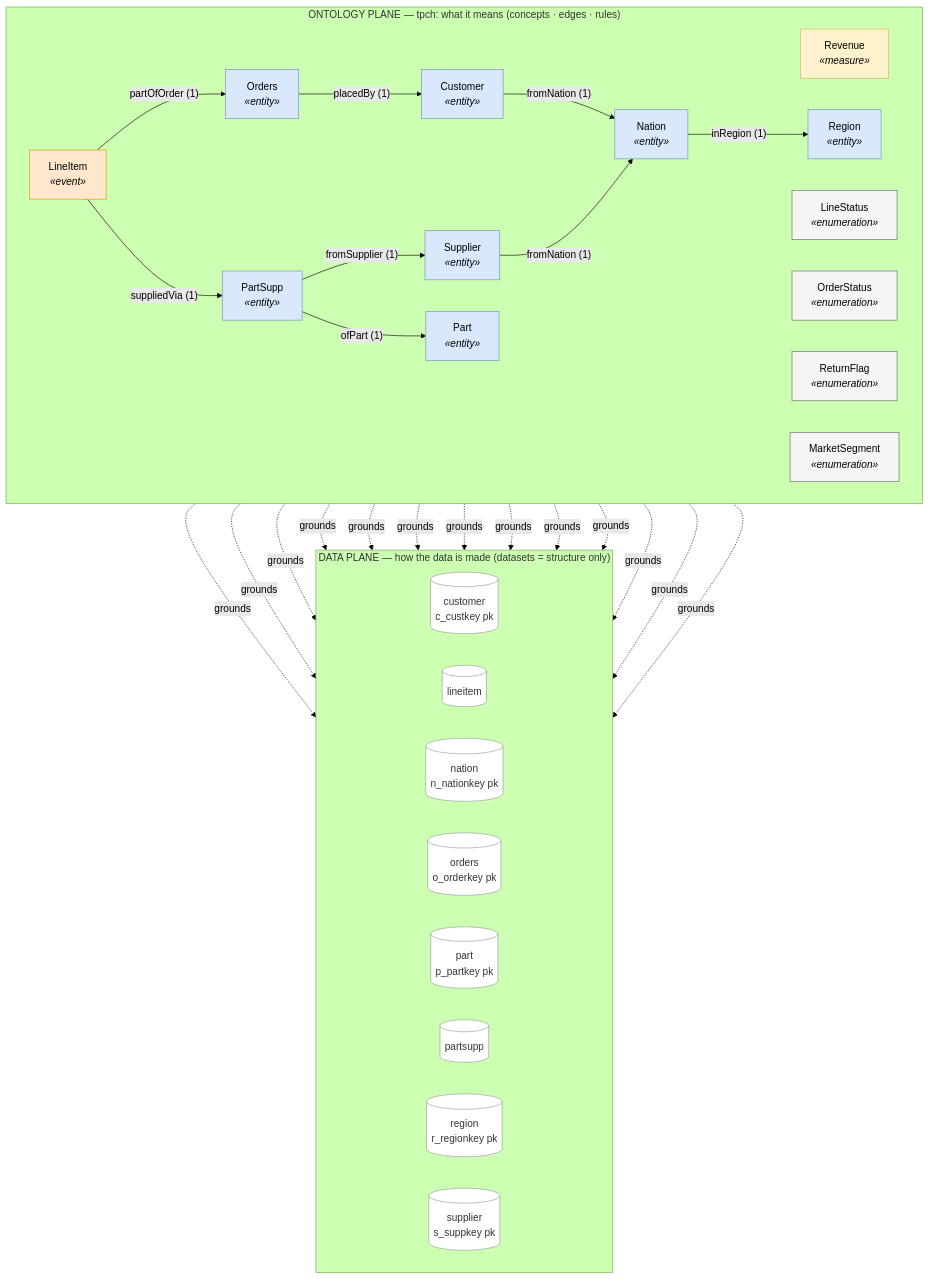
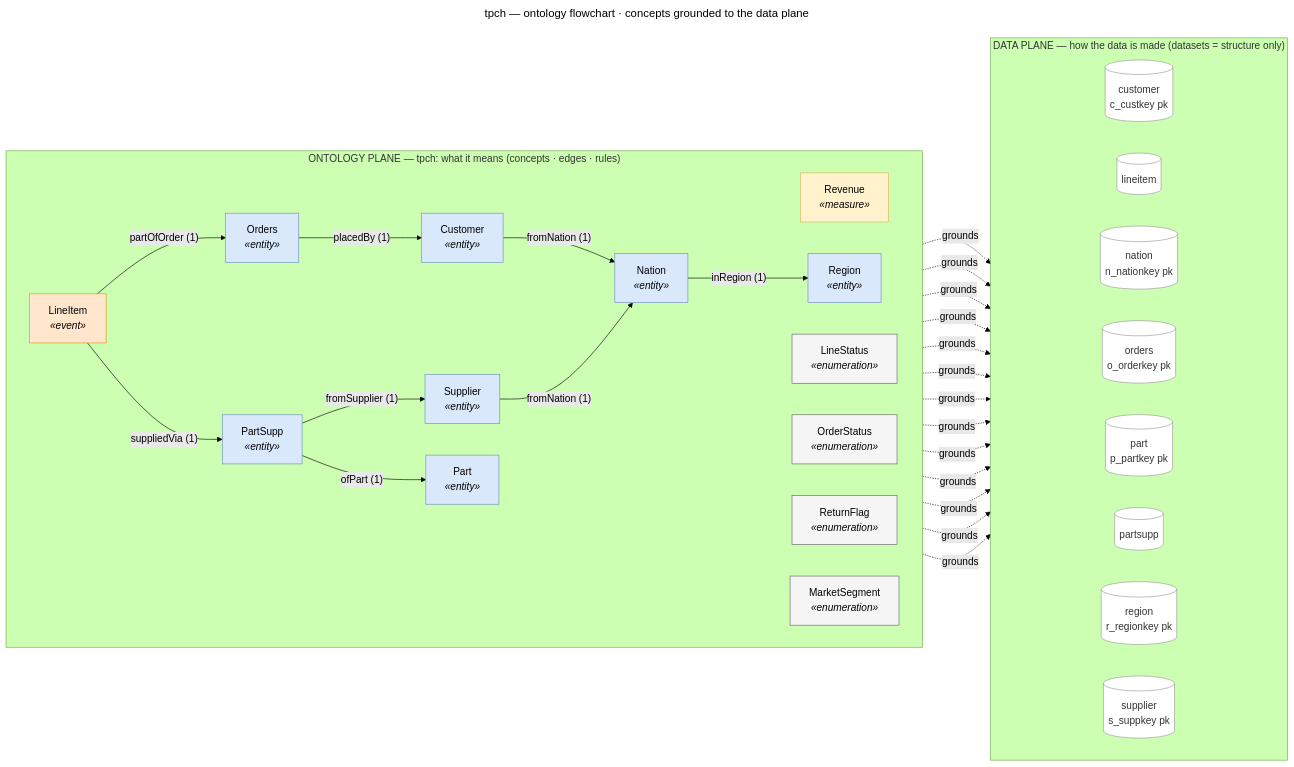
The diagram in example_tpch_ontology/projections/tpch.mmd (d6z7/meaning-as-code), drawn with Mermaid (forest theme) before and after one commit. The commit also changed 94 other files, not shown here.

```diff
--- a/example_tpch_ontology/projections/tpch.mmd
+++ b/example_tpch_ontology/projections/tpch.mmd
@@ -1,62 +1,65 @@
+---
+title: tpch — ontology flowchart · concepts grounded to the data plane
+---
 %%{init: {"flowchart": {"curve": "basis"}}}%%
-flowchart TB
+flowchart LR
   subgraph ONT["ONTOLOGY PLANE — tpch: what it means (concepts · edges · rules)"]
     direction LR
     Revenue["Revenue<br/><i>«measure»</i>"]
     Nation["Nation<br/><i>«entity»</i>"]
     Region["Region<br/><i>«entity»</i>"]
     LineStatus["LineStatus<br/><i>«enumeration»</i>"]
     LineItem["LineItem<br/><i>«event»</i>"]
     OrderStatus["OrderStatus<br/><i>«enumeration»</i>"]
     Orders["Orders<br/><i>«entity»</i>"]
     ReturnFlag["ReturnFlag<br/><i>«enumeration»</i>"]
     Part["Part<br/><i>«entity»</i>"]
     PartSupp["PartSupp<br/><i>«entity»</i>"]
     Customer["Customer<br/><i>«entity»</i>"]
     MarketSegment["MarketSegment<br/><i>«enumeration»</i>"]
     Supplier["Supplier<br/><i>«entity»</i>"]
     Nation -->|"inRegion (1)"| Region
     Customer -->|"fromNation (1)"| Nation
     Supplier -->|"fromNation (1)"| Nation
     PartSupp -->|"ofPart (1)"| Part
     PartSupp -->|"fromSupplier (1)"| Supplier
     Orders -->|"placedBy (1)"| Customer
     LineItem -->|"partOfOrder (1)"| Orders
     LineItem -->|"suppliedVia (1)"| PartSupp
   end
   subgraph DATA["DATA PLANE — how the data is made (datasets = structure only)"]
     direction LR
     t_customer[("customer<br/>c_custkey pk")]
     t_lineitem[("lineitem")]
     t_nation[("nation<br/>n_nationkey pk")]
     t_orders[("orders<br/>o_orderkey pk")]
     t_part[("part<br/>p_partkey pk")]
     t_partsupp[("partsupp")]
     t_region[("region<br/>r_regionkey pk")]
     t_supplier[("supplier<br/>s_suppkey pk")]
   end
   Revenue -. grounds .-> t_lineitem
   Nation -. grounds .-> t_nation
   Region -. grounds .-> t_region
   LineStatus -. grounds .-> t_lineitem
   LineItem -. grounds .-> t_lineitem
   OrderStatus -. grounds .-> t_orders
   Orders -. grounds .-> t_orders
   ReturnFlag -. grounds .-> t_lineitem
   Part -. grounds .-> t_part
   PartSupp -. grounds .-> t_partsupp
   Customer -. grounds .-> t_customer
   MarketSegment -. grounds .-> t_customer
   Supplier -. grounds .-> t_supplier
   classDef entity fill:#dae8fc,stroke:#6c8ebf,color:#000;
   classDef event fill:#ffe6cc,stroke:#d79b00,color:#000;
   classDef reference fill:#d5e8d4,stroke:#82b366,color:#000;
   classDef grouping fill:#e1d5e7,stroke:#9673a6,color:#000;
   classDef measure fill:#fff2cc,stroke:#d6b656,color:#000;
   classDef enumeration fill:#f5f5f5,stroke:#666,color:#000;
   classDef dataset fill:#ffffff,stroke:#999,color:#333;
   class Revenue measure;
   class Nation,Region,Orders,Part,PartSupp,Customer,Supplier entity;
   class LineStatus,OrderStatus,ReturnFlag,MarketSegment enumeration;
   class LineItem event;
   class t_customer,t_lineitem,t_nation,t_orders,t_part,t_partsupp,t_region,t_supplier dataset;
```
